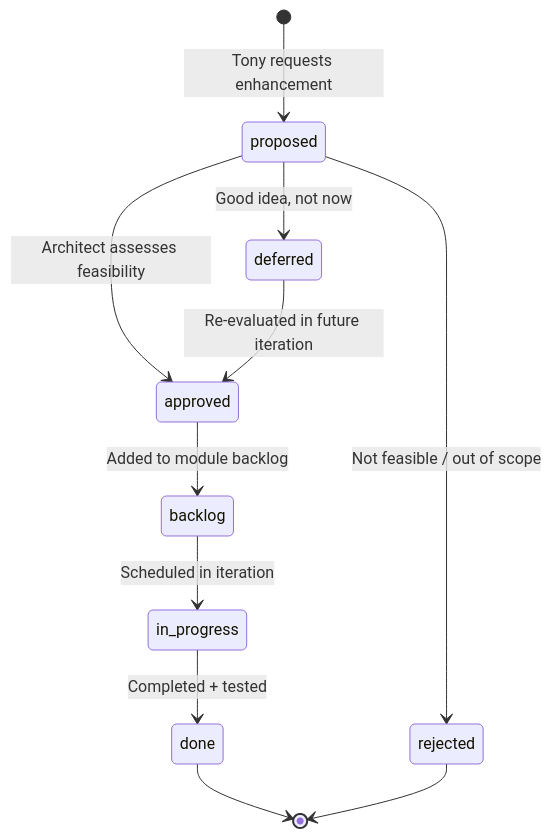
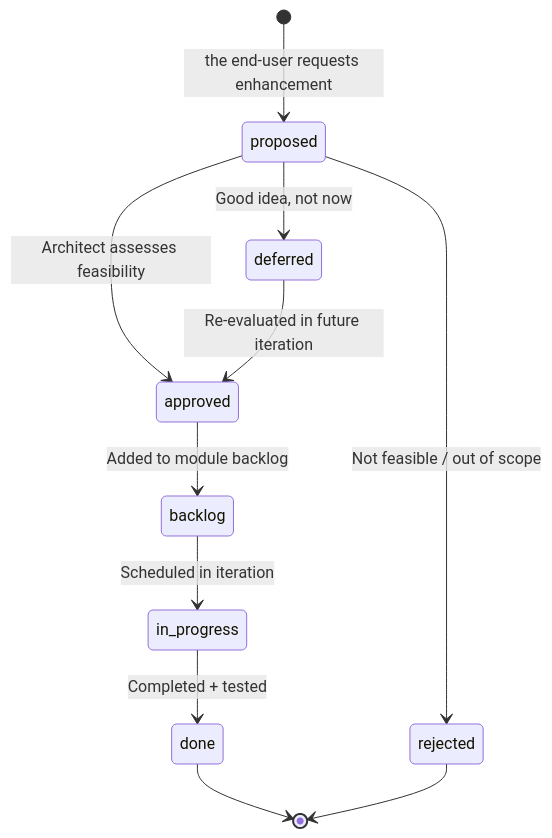
One commit to tonylnng/gateforge-openclaw-configs changed diagram 15 of 15 in vm-1-architect/BLUEPRINT-GUIDE.md. Above: the diagram before and after it, drawn with Mermaid. The commit also changed other lines of this file and 16 other files, not shown here.

First line of the commit message:
docs: replace Tony/Tony NG with end-user in all content

````diff
--- a/vm-1-architect/BLUEPRINT-GUIDE.md
+++ b/vm-1-architect/BLUEPRINT-GUIDE.md
@@ -3077,13 +3077,13 @@
 ```mermaid
 stateDiagram-v2
-    [*] --> proposed : Tony requests enhancement
+    [*] --> proposed : the end-user requests enhancement
     proposed --> approved : Architect assesses feasibility
     proposed --> rejected : Not feasible / out of scope
     proposed --> deferred : Good idea, not now
     approved --> backlog : Added to module backlog
     backlog --> in_progress : Scheduled in iteration
     in_progress --> done : Completed + tested
     deferred --> approved : Re-evaluated in future iteration
     done --> [*]
     rejected --> [*]
 ```
````
